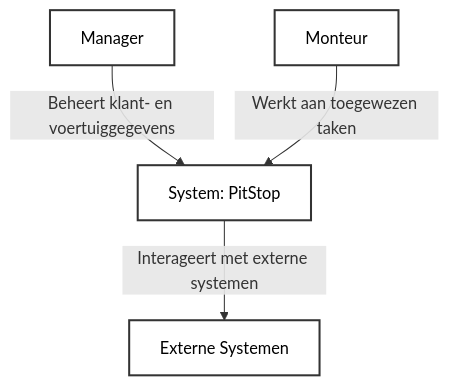
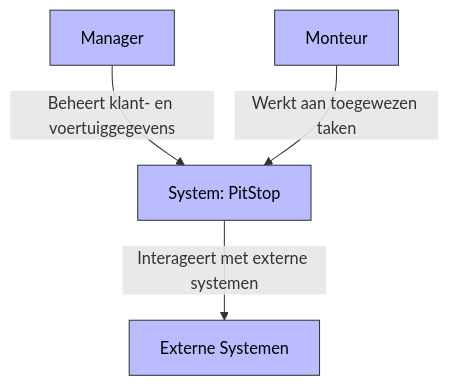
Before and after one commit to hanaim-devops/pitstop-team-luna: the first of 3 diagrams in src/pitstop-c4-model.md, drawn with Mermaid. The commit also changed other lines of this file, not shown here.

````diff
--- a/src/pitstop-c4-model.md
+++ b/src/pitstop-c4-model.md
@@ -11,17 +11,16 @@
 ```mermaid
 graph TD
-    style Manager fill:#ffffff,stroke:#333,stroke-width:2px,color:#000000
-    style Monteur fill:#ffffff,stroke:#333,stroke-width:2px,color:#000000
-    style PitStop fill:#ffffff,stroke:#333,stroke-width:2px,color:#000000
-    style Externe_APIs fill:#ffffff,stroke:#333,stroke-width:2px,color:#000000
-
+    style Manager fill:#bbf,stroke:#333,stroke-width:1px,color:#000000
+    style Monteur fill:#bbf,stroke:#333,stroke-width:1px,color:#000000
+    style PitStop fill:#bbf,stroke:#333,stroke-width:1px,color:#000000
+    style Externe_APIs fill:#bbf,stroke:#333,stroke-width:1px,color:#000000
     Manager -->|Beheert klant- en voertuiggegevens| PitStop
     Monteur -->|Werkt aan toegewezen taken| PitStop
     PitStop -->|Interageert met externe systemen| Externe_APIs
 
     Manager[Manager]
     Monteur[Monteur]
     PitStop[System: PitStop]
     Externe_APIs[Externe Systemen]
     
 ```
````
